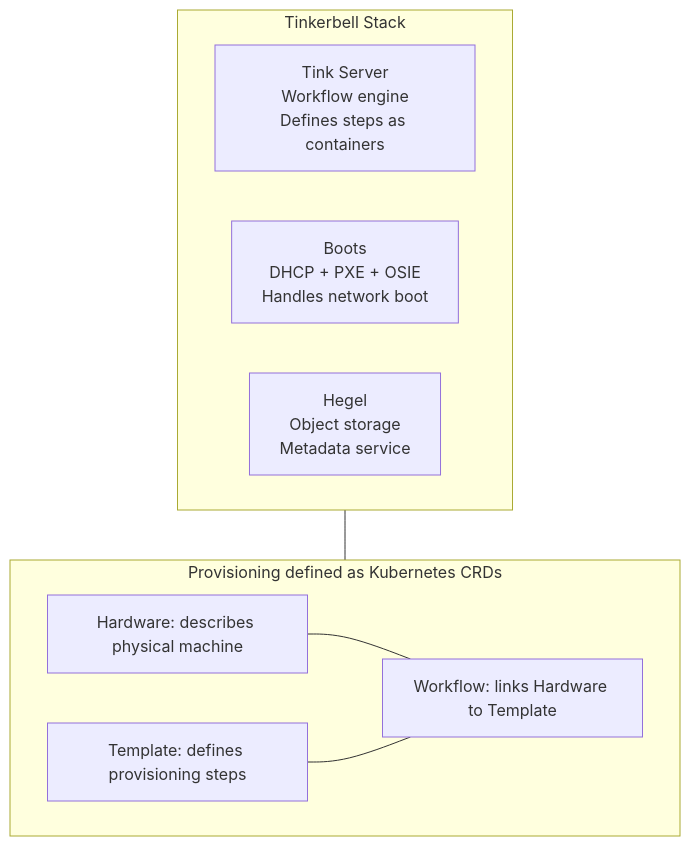
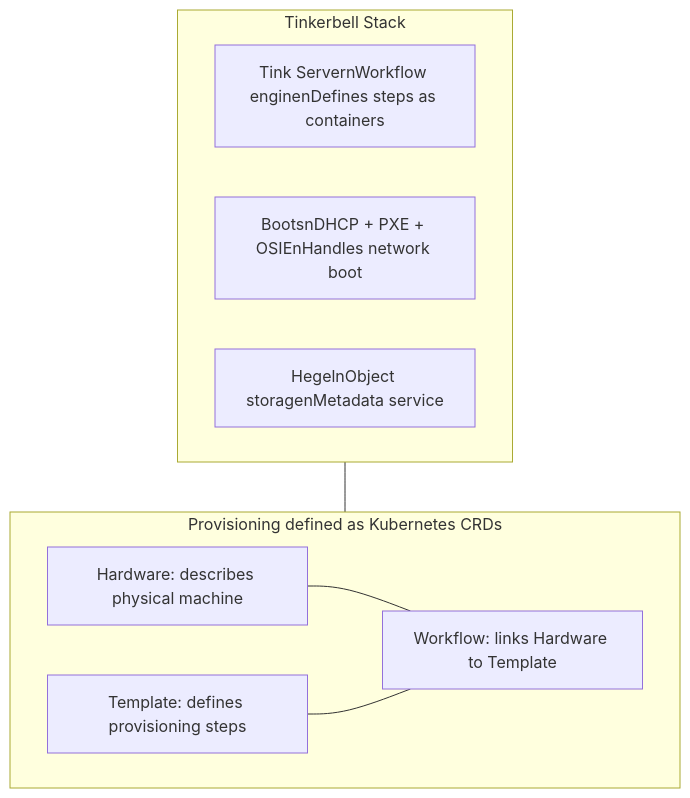
One commit to krisztiankoos/kubedojo changed the fourth of 4 diagrams in src/content/docs/on-premises/provisioning/module-2.2-pxe-provisioning.md. Above: the diagram before and after it, drawn with Mermaid. The commit also changed other lines of this file, not shown here.

Commit message:
chore(content): write-only draft [on-premises/provisioning/module-2.2-pxe-provisioning]

````diff
--- a/src/content/docs/on-premises/provisioning/module-2.2-pxe-provisioning.md
+++ b/src/content/docs/on-premises/provisioning/module-2.2-pxe-provisioning.md
@@ -450,17 +319,17 @@
 ```mermaid
 flowchart TD
     subgraph Stack[Tinkerbell Stack]
-        TINK[Tink Server\nWorkflow engine\nDefines steps as containers]
-        BOOTS[Boots\nDHCP + PXE + OSIE\nHandles network boot]
-        HEGEL[Hegel\nObject storage\nMetadata service]
+        TINK[Tink ServernWorkflow enginenDefines steps as containers]
+        BOOTS[BootsnDHCP + PXE + OSIEnHandles network boot]
+        HEGEL[HegelnObject storagenMetadata service]
     end
 
     subgraph CRDs[Provisioning defined as Kubernetes CRDs]
         H[Hardware: describes physical machine]
         T[Template: defines provisioning steps]
         W[Workflow: links Hardware to Template]
         H --- W
         T --- W
     end
     Stack --- CRDs
 ```
````
